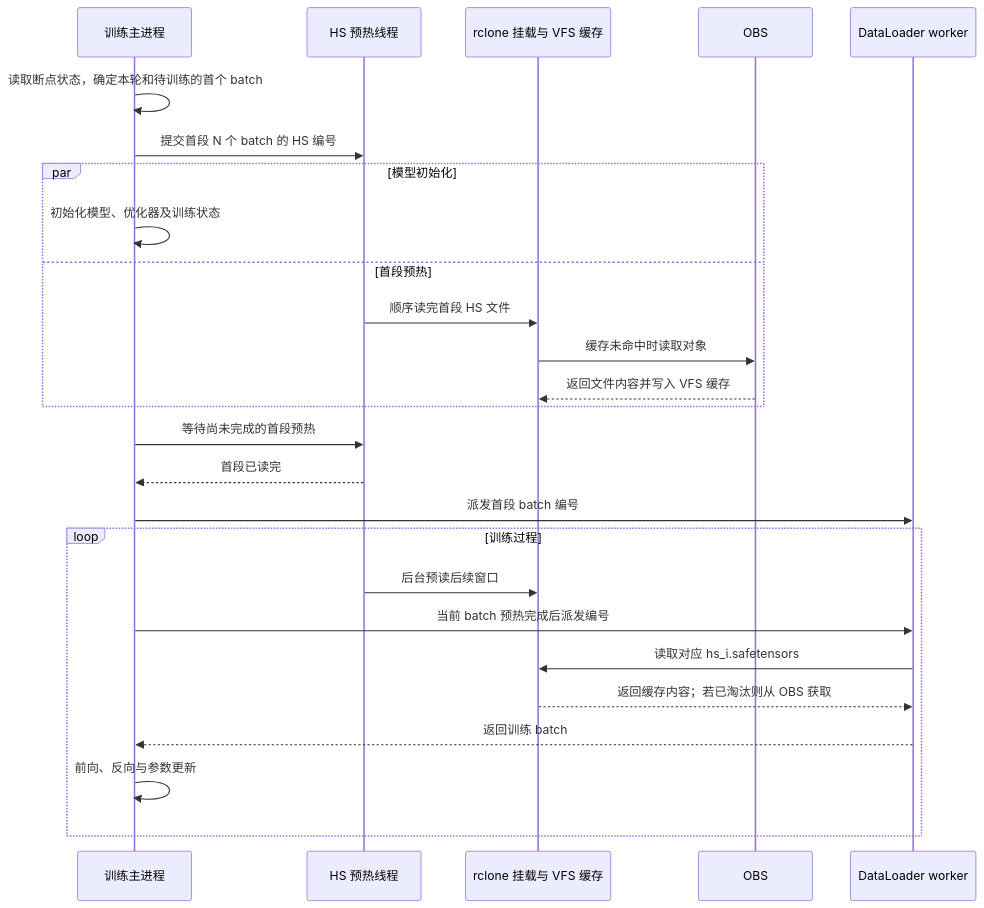
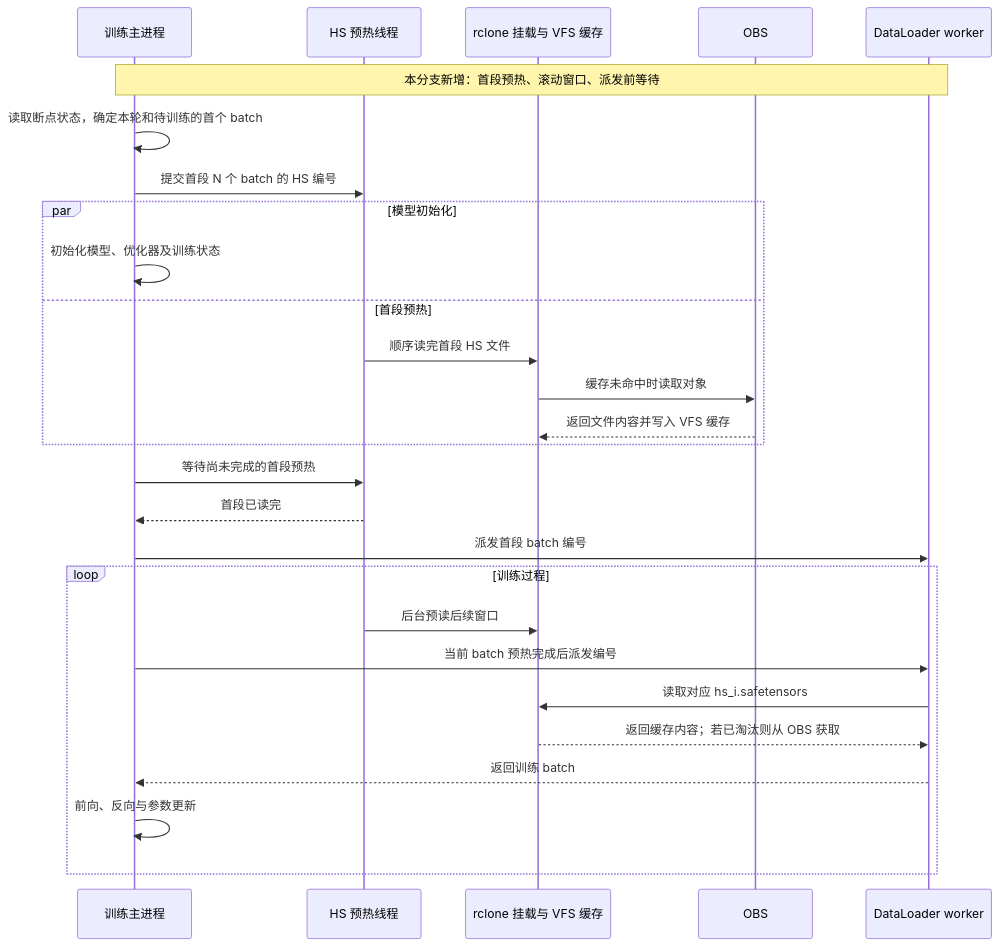
One commit to nanxingMy/speculators_hw changed the second of 2 diagrams in docs/user_guide/tutorials/offline_hs_prefetch_flow.md. Above: the diagram before and after it, drawn with Mermaid. The commit also changed other lines of this file, not shown here.

```diff
--- a/docs/user_guide/tutorials/offline_hs_prefetch_flow.md
+++ b/docs/user_guide/tutorials/offline_hs_prefetch_flow.md
@@ -39,29 +45,30 @@
 ~~~mermaid
 sequenceDiagram
     participant T as 训练主进程
     participant P as HS 预热线程
     participant M as rclone 挂载与 VFS 缓存
     participant O as OBS
     participant D as DataLoader worker
 
+    Note over T,D: 本分支新增：首段预热、滚动窗口、派发前等待
     T->>T: 读取断点状态，确定本轮和待训练的首个 batch
     T->>P: 提交首段 N 个 batch 的 HS 编号
     par 模型初始化
         T->>T: 初始化模型、优化器及训练状态
     and 首段预热
         P->>M: 顺序读完首段 HS 文件
         M->>O: 缓存未命中时读取对象
         O-->>M: 返回文件内容并写入 VFS 缓存
     end
     T->>P: 等待尚未完成的首段预热
     P-->>T: 首段已读完
     T->>D: 派发首段 batch 编号
     loop 训练过程
         P->>M: 后台预读后续窗口
         T->>D: 当前 batch 预热完成后派发编号
         D->>M: 读取对应 hs_i.safetensors
         M-->>D: 返回缓存内容；若已淘汰则从 OBS 获取
         D-->>T: 返回训练 batch
         T->>T: 前向、反向与参数更新
     end
 ~~~
```
